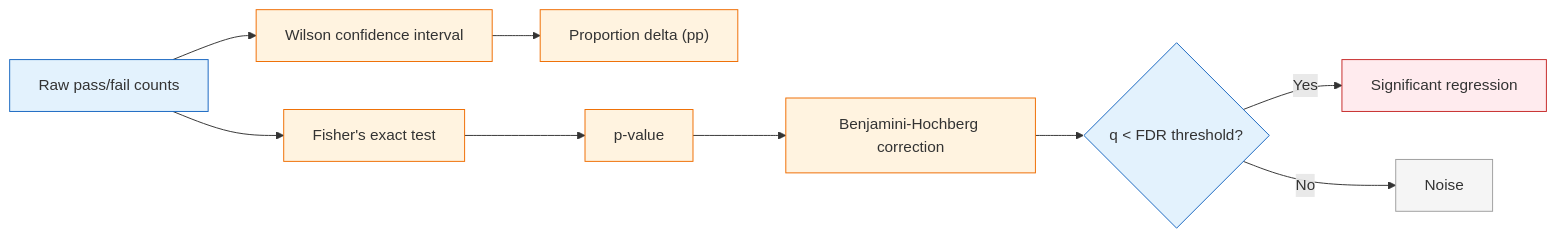
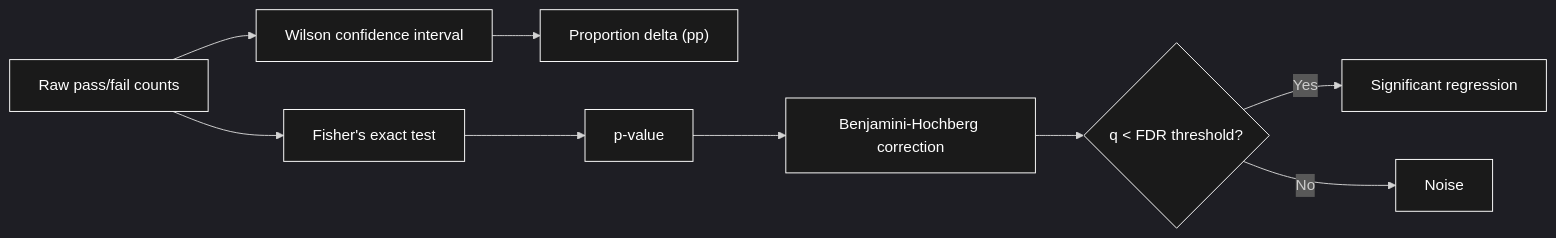
The seventh of 11 diagrams in README.md (Mehul-bisht-0/Driftbench--AI-regression-testing-harness), drawn with Mermaid before and after one commit. The commit also changed other lines of this file, not shown here.

````diff
--- a/README.md
+++ b/README.md
@@ -443,21 +449,22 @@
 ```mermaid
+%%{init: {"theme": "dark"}}%%
 flowchart LR
     A["Raw pass/fail counts"] --> B["Wilson confidence interval"]
     B --> C["Proportion delta (pp)"]
     A --> D["Fisher's exact test"]
     D --> E["p-value"]
     E --> F["Benjamini-Hochberg correction"]
     F --> G{"q < FDR threshold?"}
     G -->|"Yes"| H["Significant regression"]
     G -->|"No"| I["Noise"]
 
-    style A fill:#e3f2fd,stroke:#1565c0
-    style B fill:#fff3e0,stroke:#ef6c00
-    style C fill:#fff3e0,stroke:#ef6c00
-    style D fill:#fff3e0,stroke:#ef6c00
-    style E fill:#fff3e0,stroke:#ef6c00
-    style F fill:#fff3e0,stroke:#ef6c00
-    style G fill:#e3f2fd,stroke:#1565c0
-    style H fill:#ffebee,stroke:#c62828
-    style I fill:#f5f5f5,stroke:#9e9e9e
+    style A fill:#1a1a1a,stroke:#ffffff,color:#ffffff
+    style B fill:#1a1a1a,stroke:#ffffff,color:#ffffff
+    style C fill:#1a1a1a,stroke:#ffffff,color:#ffffff
+    style D fill:#1a1a1a,stroke:#ffffff,color:#ffffff
+    style E fill:#1a1a1a,stroke:#ffffff,color:#ffffff
+    style F fill:#1a1a1a,stroke:#ffffff,color:#ffffff
+    style G fill:#1a1a1a,stroke:#ffffff,color:#ffffff
+    style H fill:#1a1a1a,stroke:#ffffff,color:#ffffff
+    style I fill:#1a1a1a,stroke:#ffffff,color:#ffffff
 ```
````
